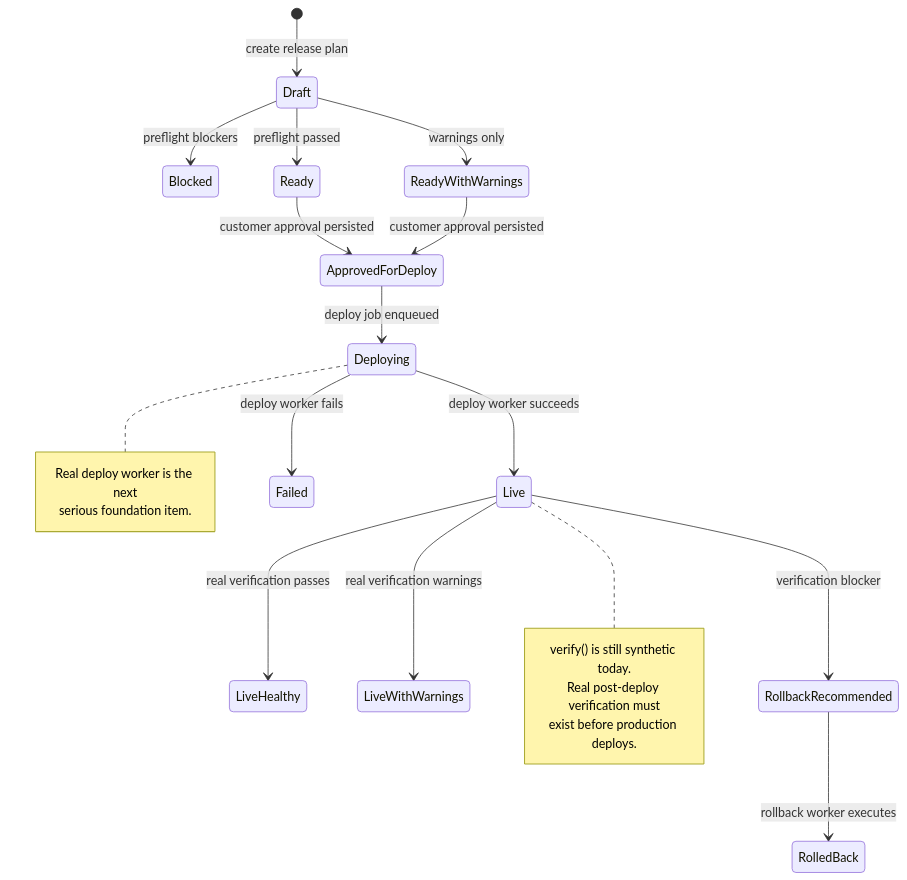
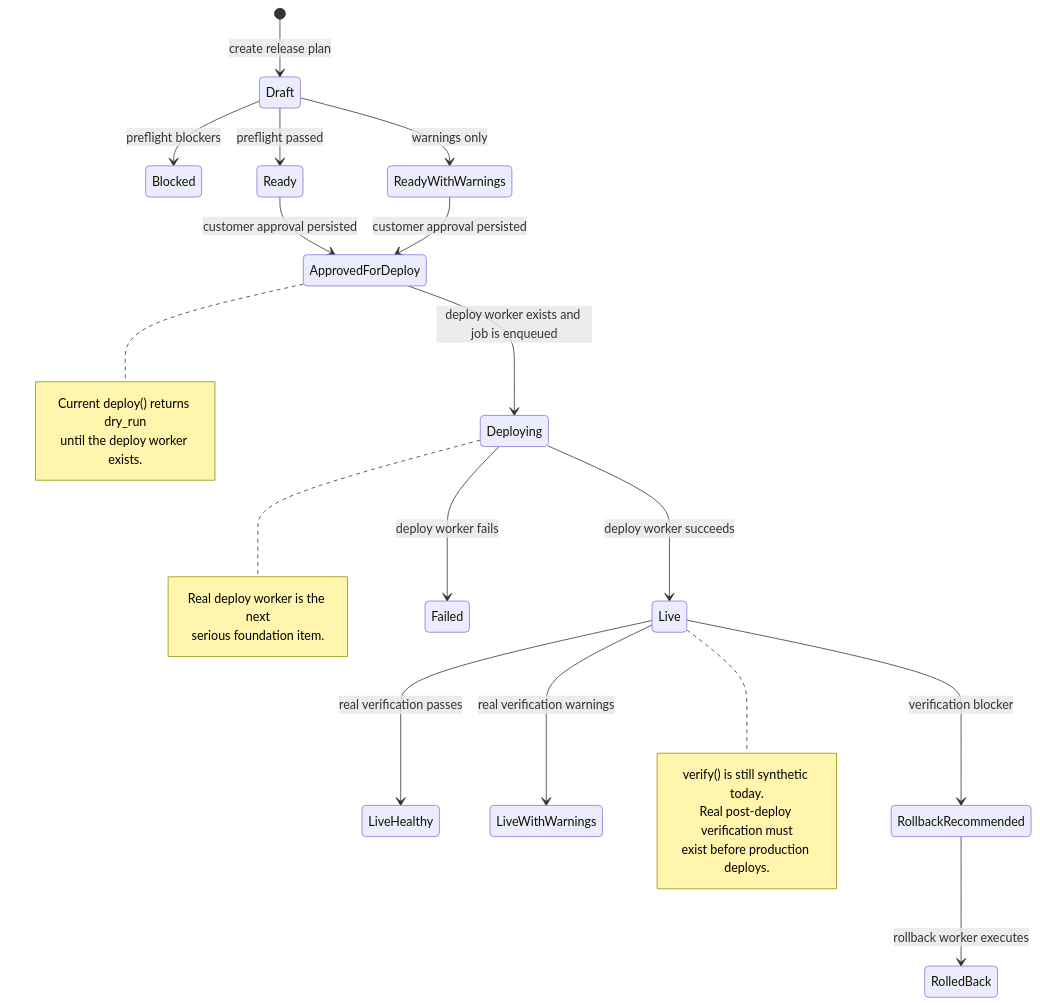
Before and after one commit to mayett515/Seo_automatisation: the second of 3 diagrams in docs/architecture/backend-foundation-status.md, drawn with Mermaid. The commit also changed other lines of this file and 7 other files, not shown here.

````diff
--- a/docs/architecture/backend-foundation-status.md
+++ b/docs/architecture/backend-foundation-status.md
@@ -62,27 +62,32 @@
 ```mermaid
 stateDiagram-v2
   [*] --> Draft: create release plan
   Draft --> Blocked: preflight blockers
   Draft --> Ready: preflight passed
   Draft --> ReadyWithWarnings: warnings only
   Ready --> ApprovedForDeploy: customer approval persisted
   ReadyWithWarnings --> ApprovedForDeploy: customer approval persisted
-  ApprovedForDeploy --> Deploying: deploy job enqueued
+  ApprovedForDeploy --> Deploying: deploy worker exists and job is enqueued
   Deploying --> Live: deploy worker succeeds
   Deploying --> Failed: deploy worker fails
   Live --> LiveHealthy: real verification passes
   Live --> LiveWithWarnings: real verification warnings
   Live --> RollbackRecommended: verification blocker
   RollbackRecommended --> RolledBack: rollback worker executes
 
   note right of Deploying
     Real deploy worker is the next
     serious foundation item.
   end note
 
+  note right of ApprovedForDeploy
+    Current deploy() returns dry_run
+    until the deploy worker exists.
+  end note
+
   note right of Live
     verify() is still synthetic today.
     Real post-deploy verification must
     exist before production deploys.
   end note
 ```
````
